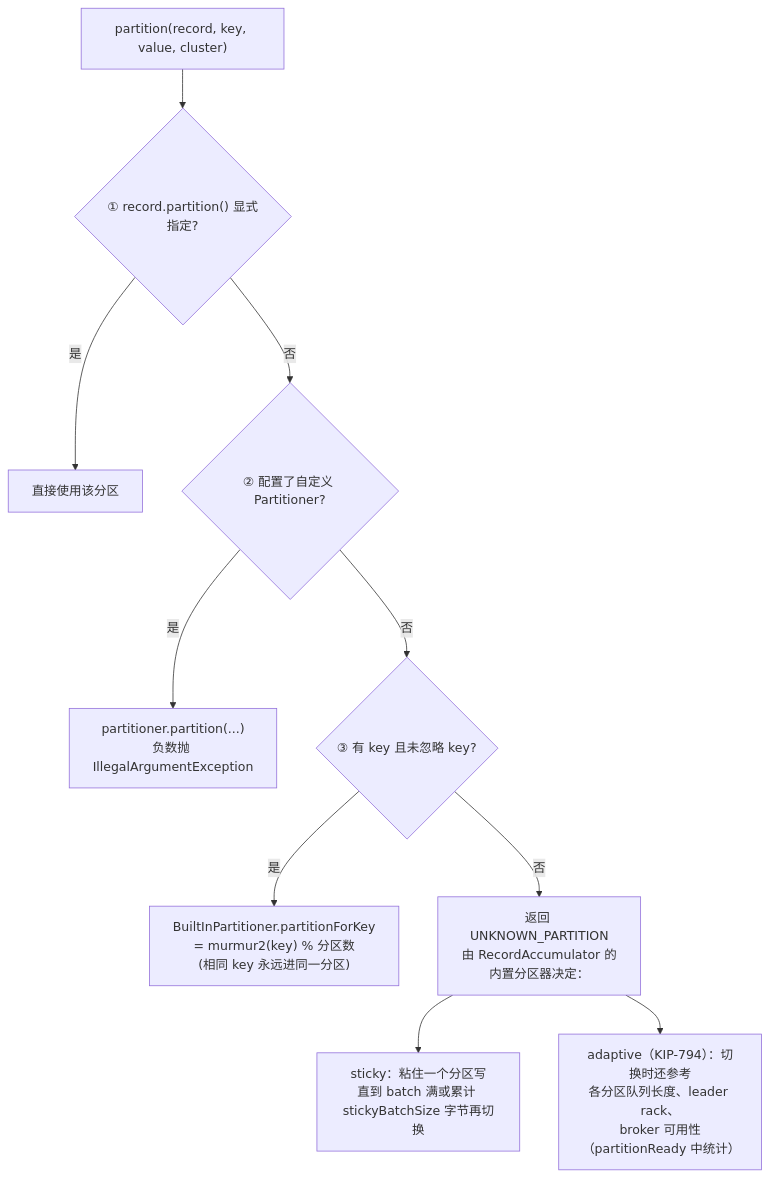
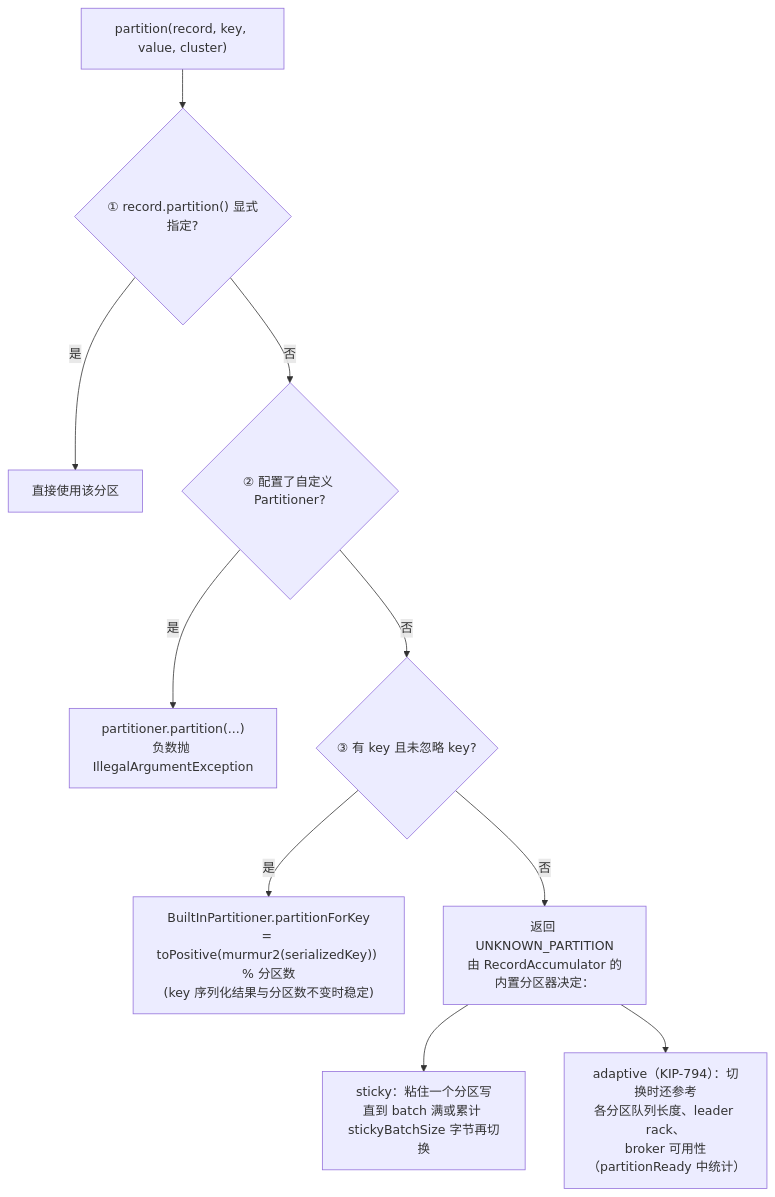
One commit to asprial-moon/kafka changed the fifth of 23 diagrams in clients/src/main/resources/KafkaProducer发送链路源码解析.md. Above: the diagram before and after it, drawn with Mermaid. The commit also changed other lines of this file and 1 other file, not shown here.

````diff
--- a/clients/src/main/resources/KafkaProducer发送链路源码解析.md
+++ b/clients/src/main/resources/KafkaProducer发送链路源码解析.md
@@ -219,12 +219,12 @@
 ```mermaid
 flowchart TD
     A["partition(record, key, value, cluster)"] --> B{"① record.partition() 显式指定?"}
     B -->|是| P1["直接使用该分区"]
     B -->|否| C{"② 配置了自定义 Partitioner?"}
     C -->|是| P2["partitioner.partition(...)<br/>负数抛 IllegalArgumentException"]
     C -->|否| D{"③ 有 key 且未忽略 key?"}
-    D -->|是| P3["BuiltInPartitioner.partitionForKey<br/>= murmur2(key) % 分区数<br/>(相同 key 永远进同一分区)"]
+    D -->|是| P3["BuiltInPartitioner.partitionForKey<br/>= toPositive(murmur2(serializedKey)) % 分区数<br/>(key 序列化结果与分区数不变时稳定)"]
     D -->|否| P4["返回 UNKNOWN_PARTITION<br/>由 RecordAccumulator 的内置分区器决定："]
     P4 --> P5["sticky：粘住一个分区写<br/>直到 batch 满或累计 stickyBatchSize 字节再切换"]
     P4 --> P6["adaptive（KIP-794）：切换时还参考<br/>各分区队列长度、leader rack、<br/>broker 可用性（partitionReady 中统计）"]
 ```
````
